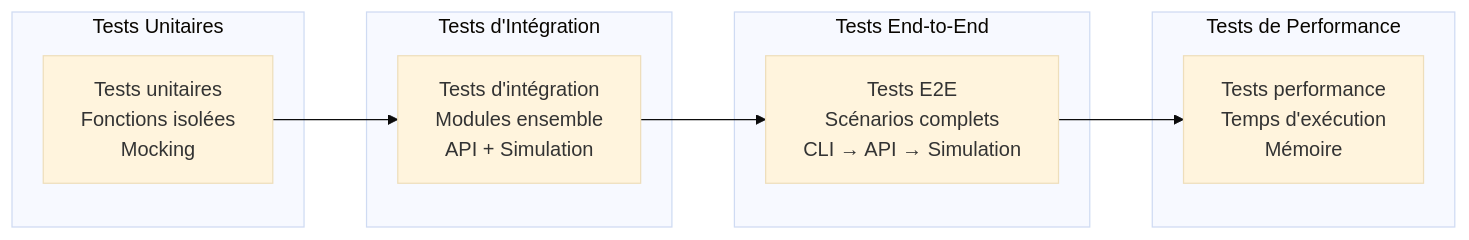
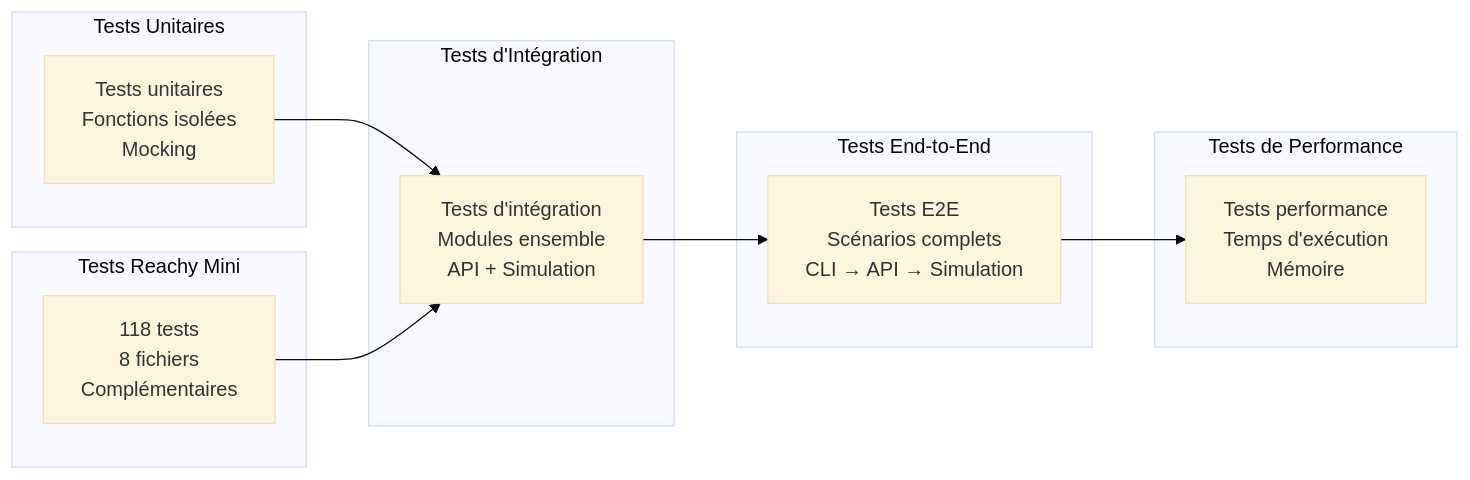
The third of 3 diagrams in docs/guides_techniques/TESTING_GUIDE.md (arkalia-luna-system/bbia-sim), drawn with Mermaid (base theme) before and after one commit. The commit also changed other lines of this file and 96 other files, not shown here.

````diff
--- a/docs/guides_techniques/TESTING_GUIDE.md
+++ b/docs/guides_techniques/TESTING_GUIDE.md
@@ -77,22 +77,27 @@
 ```mermaid
 graph LR
     subgraph "Tests Unitaires"
         UNIT[Tests unitaires<br/>Fonctions isolées<br/>Mocking]
     end
 
     subgraph "Tests d'Intégration"
         INTEGRATION[Tests d'intégration<br/>Modules ensemble<br/>API + Simulation]
     end
 
     subgraph "Tests End-to-End"
         E2E[Tests E2E<br/>Scénarios complets<br/>CLI → API → Simulation]
     end
 
     subgraph "Tests de Performance"
         PERF[Tests performance<br/>Temps d'exécution<br/>Mémoire]
     end
 
+    subgraph "Tests Reachy Mini"
+        REACHY[118 tests<br/>8 fichiers<br/>Complémentaires]
+    end
+
     UNIT --> INTEGRATION
     INTEGRATION --> E2E
     E2E --> PERF
+    REACHY --> INTEGRATION
 ```
````
